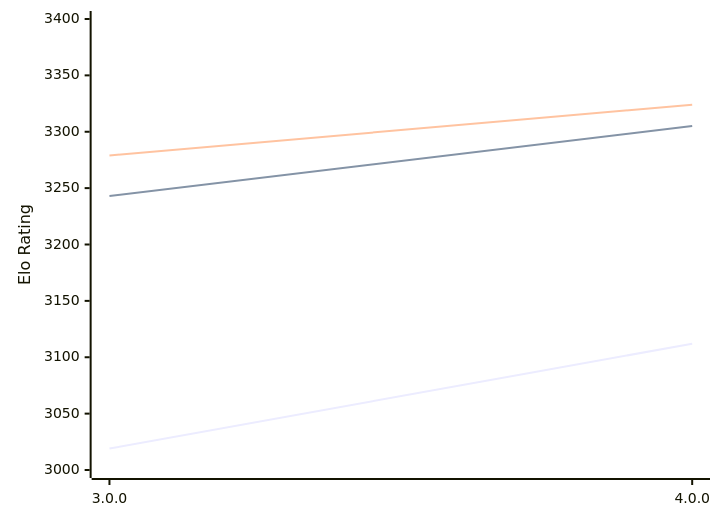
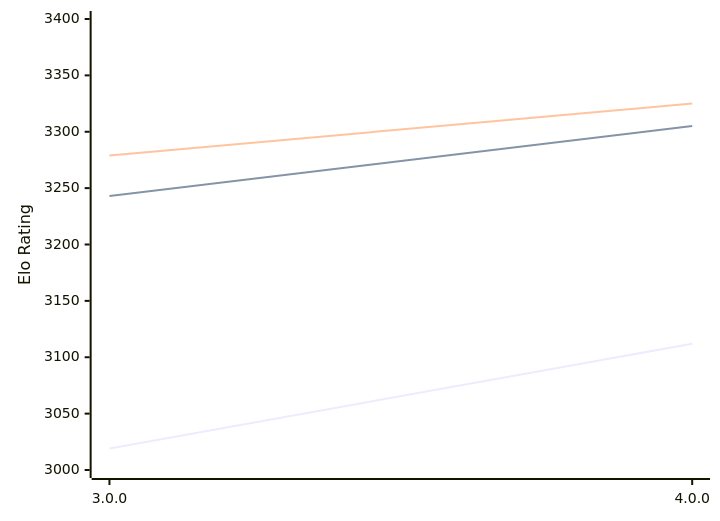
The diagram in engines/Minke.md (computer-chess-index/cci), drawn with Mermaid before and after one commit. The commit also changed other lines of this file, not shown here.

Commit message:
Update CCI Ratings (ELO VLTC) - 2026-02-12

````diff
--- a/engines/Minke.md
+++ b/engines/Minke.md
@@ -31,9 +31,9 @@
 ```mermaid
 %%{init: {"theme":"base","themeVariables":{"seriesColors:['#a3a3a3','#222221','#faa371']}}}%%
 xychart-beta
   x-axis ["3.0.0", "4.0.0"]
   y-axis "Elo Rating" 3000 --> 3400
   line "STC (8.0+0.08s)" [3019, 3112]
   line "LTC (60.0+0.60s)" [3243, 3305]
-  line "VLTC (2m24s+1.12s)" [3279, 3324]
+  line "VLTC (2m24s+1.12s)" [3279, 3325]
 ```
````
